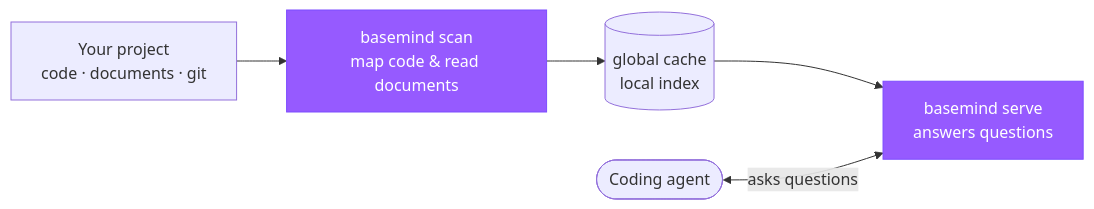
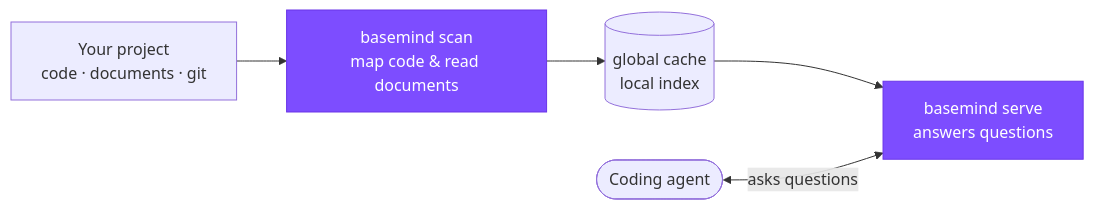
The diagram in website/src/content/docs/concepts/how-it-works.mdx (Goldziher/basemind), drawn with Mermaid before and after one commit. The commit also changed 1 other file, not shown here.

Commit message:
docs(readme): mark the quickstart symbol and darken the diagram fill

````diff
--- a/website/src/content/docs/concepts/how-it-works.mdx
+++ b/website/src/content/docs/concepts/how-it-works.mdx
@@ -96,12 +96,12 @@
 ```mermaid
 flowchart LR
   A(["Coding agent"])
   R["Your project<br/>code · documents · git"]
   S["basemind scan<br/>map code & read documents"]
   D[("global cache<br/>local index")]
   V["basemind serve<br/>answers questions"]
   R --> S --> D --> V
   A <-->|asks questions| V
-  classDef accent fill:#965aff,stroke:#7d4dff,color:#fff
+  classDef accent fill:#7d4dff,stroke:#6a35e8,color:#fff
   class S,V accent
 ```
````
